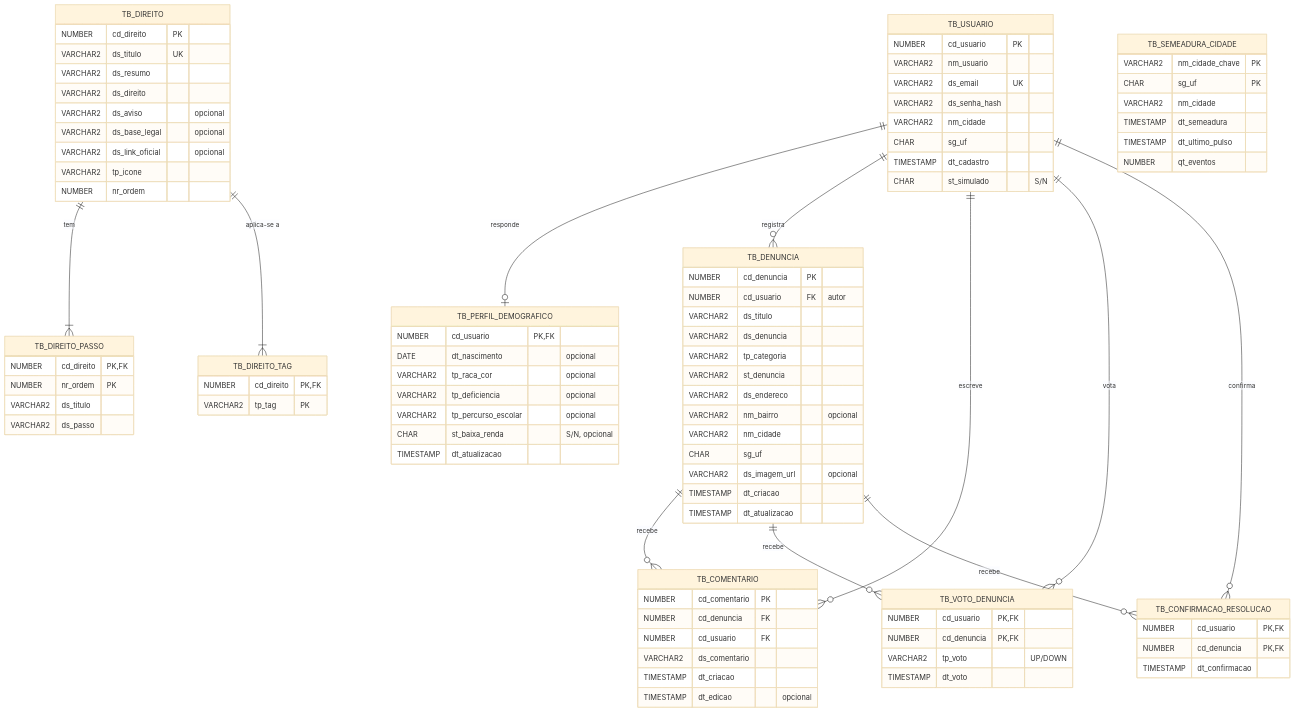
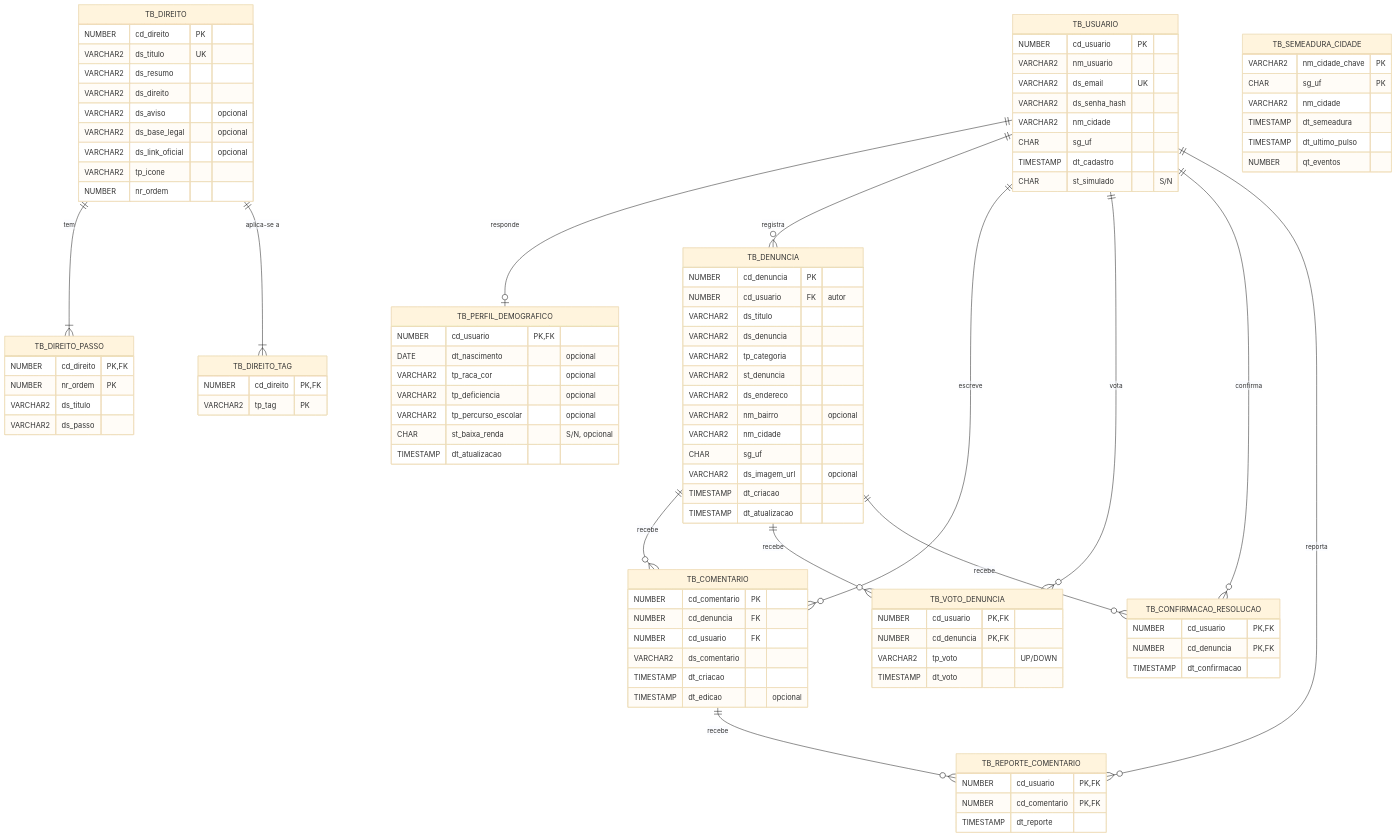
The diagram in docs/diagramas/diagrama-er.md (JoaoRicardoSOC/meus-direitos), drawn with Mermaid (base theme) before and after one commit. The commit also changed other lines of this file and 11 other files, not shown here.

Commit message:
feat(backend): permite reportar comentario ofensivo e oculta o que recebe 3 reportes

```diff
--- a/docs/diagramas/diagrama-er.md
+++ b/docs/diagramas/diagrama-er.md
@@ -15,6 +15,8 @@
     TB_DENUNCIA ||--o{ TB_COMENTARIO : "recebe"
     TB_DENUNCIA ||--o{ TB_VOTO_DENUNCIA : "recebe"
     TB_DENUNCIA ||--o{ TB_CONFIRMACAO_RESOLUCAO : "recebe"
+    TB_USUARIO ||--o{ TB_REPORTE_COMENTARIO : "reporta"
+    TB_COMENTARIO ||--o{ TB_REPORTE_COMENTARIO : "recebe"
     TB_DIREITO ||--|{ TB_DIREITO_PASSO : "tem"
     TB_DIREITO ||--|{ TB_DIREITO_TAG : "aplica-se a"
 
@@ -77,6 +79,12 @@
         TIMESTAMP dt_confirmacao
     }
 
+    TB_REPORTE_COMENTARIO {
+        NUMBER cd_usuario PK,FK
+        NUMBER cd_comentario PK,FK
+        TIMESTAMP dt_reporte
+    }
+
     TB_DIREITO {
         NUMBER cd_direito PK
         VARCHAR2 ds_titulo UK
```
